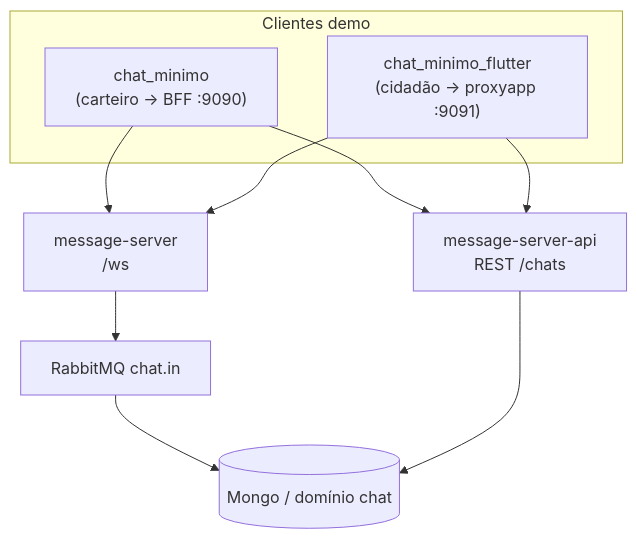
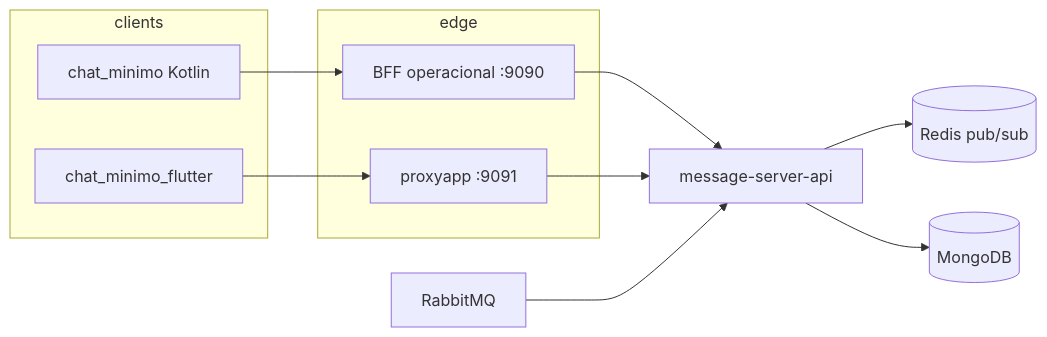
One commit to zethsell/chat_minimo_kotlin changed the diagram in docs/ESTRUTURA_CHAT.md. Above: the diagram before and after it, drawn with Mermaid. The commit also changed other lines of this file and 19 other files, not shown here.

````diff
--- a/docs/ESTRUTURA_CHAT.md
+++ b/docs/ESTRUTURA_CHAT.md
@@ -31,19 +26,23 @@
 ```mermaid
-flowchart TB
-  subgraph clients["Clientes demo"]
-    Kotlin["chat_minimo\n(carteiro → BFF :9090)"]
-    Flutter["chat_minimo_flutter\n(cidadão → proxyapp :9091)"]
+flowchart LR
+  subgraph clients
+    K[chat_minimo Kotlin]
+    F[chat_minimo_flutter]
   end
-  API["message-server-api\nREST /chats"]
-  MS["message-server\n/ws"]
-  RMQ["RabbitMQ chat.in"]
-  Mongo[("Mongo / domínio chat")]
+  subgraph edge
+    BFF[BFF operacional :9090]
+    PX[proxyapp :9091]
+  end
+  API[message-server-api]
+  R[(Redis pub/sub)]
+  M[(MongoDB)]
+  Q[RabbitMQ]
 
-  Kotlin --> API
-  Flutter --> API
-  Kotlin --> MS
-  Flutter --> MS
-  MS --> RMQ
-  RMQ --> Mongo
-  API --> Mongo
+  K --> BFF
+  F --> PX
+  BFF --> API
+  PX --> API
+  API --> R
+  API --> M
+  Q --> API
 ```
````
